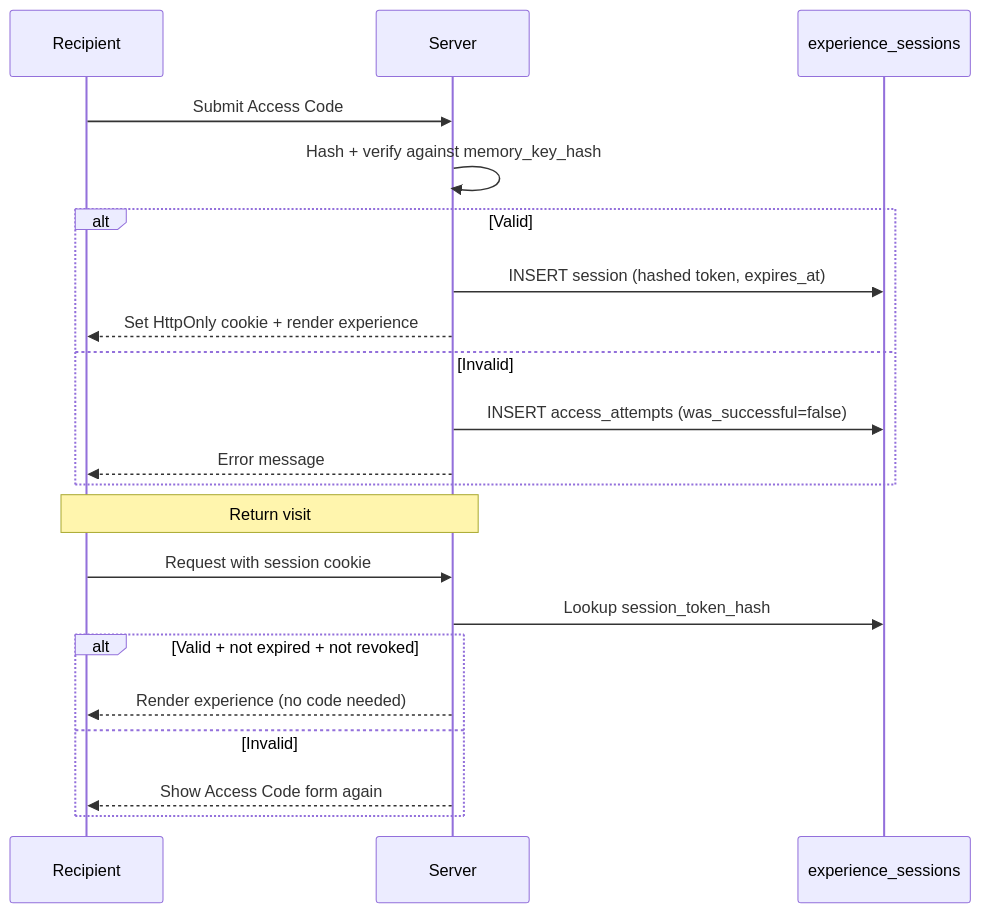
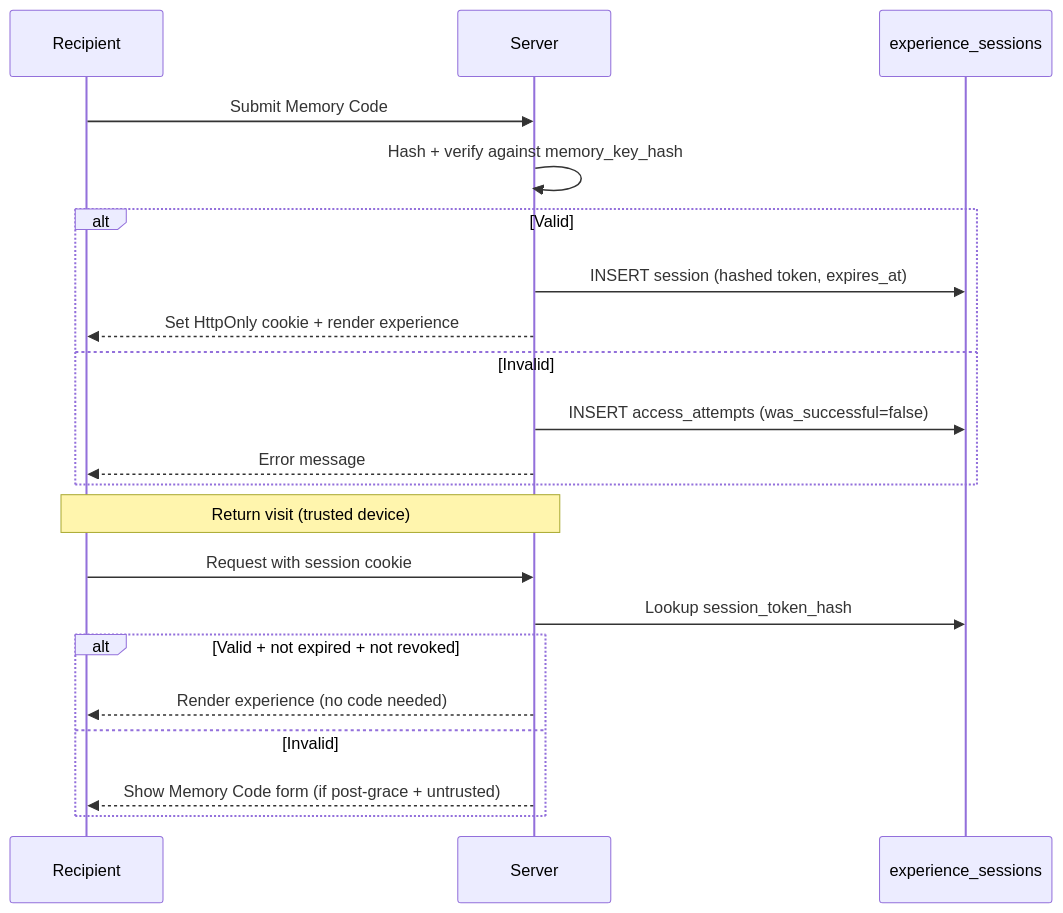
Before and after one commit to vinoslwly/celebrate-florist: the third of 3 diagrams in docs/04_SECURITY.md, drawn with Mermaid. The commit also changed other lines of this file and 47 other files, not shown here.

````diff
--- a/docs/04_SECURITY.md
+++ b/docs/04_SECURITY.md
@@ -144,25 +189,25 @@
 ```mermaid
 sequenceDiagram
     participant R as Recipient
     participant S as Server
     participant DB as experience_sessions
 
-    R->>S: Submit Access Code
+    R->>S: Submit Memory Code
     S->>S: Hash + verify against memory_key_hash
     alt Valid
         S->>DB: INSERT session (hashed token, expires_at)
         S-->>R: Set HttpOnly cookie + render experience
     else Invalid
         S->>DB: INSERT access_attempts (was_successful=false)
         S-->>R: Error message
     end
 
-    Note over R,S: Return visit
+    Note over R,S: Return visit (trusted device)
     R->>S: Request with session cookie
     S->>DB: Lookup session_token_hash
     alt Valid + not expired + not revoked
         S-->>R: Render experience (no code needed)
     else Invalid
-        S-->>R: Show Access Code form again
+        S-->>R: Show Memory Code form (if post-grace + untrusted)
     end
 ```
````
